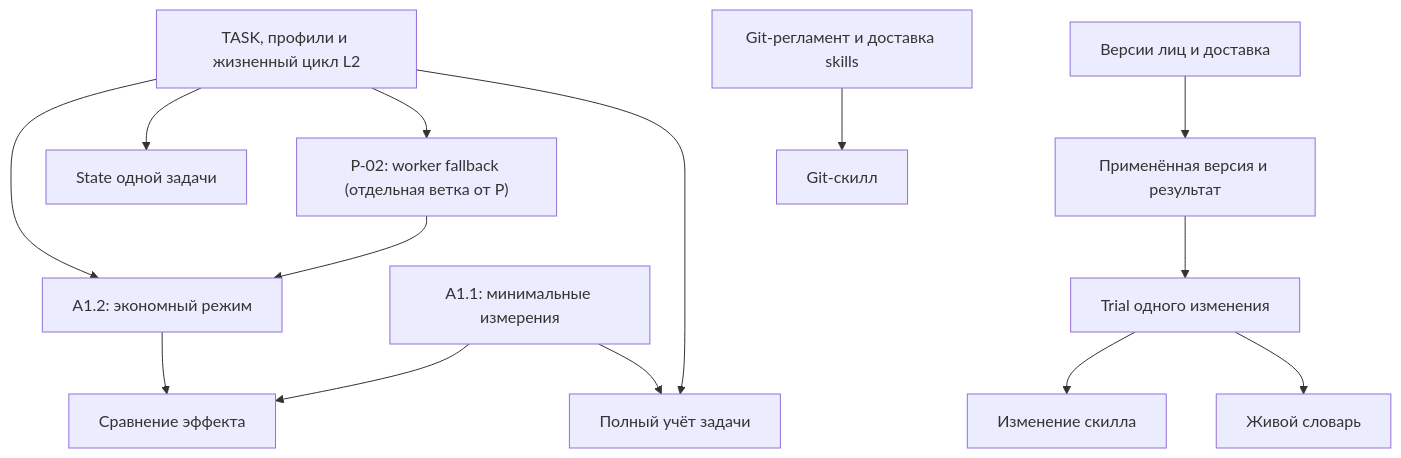
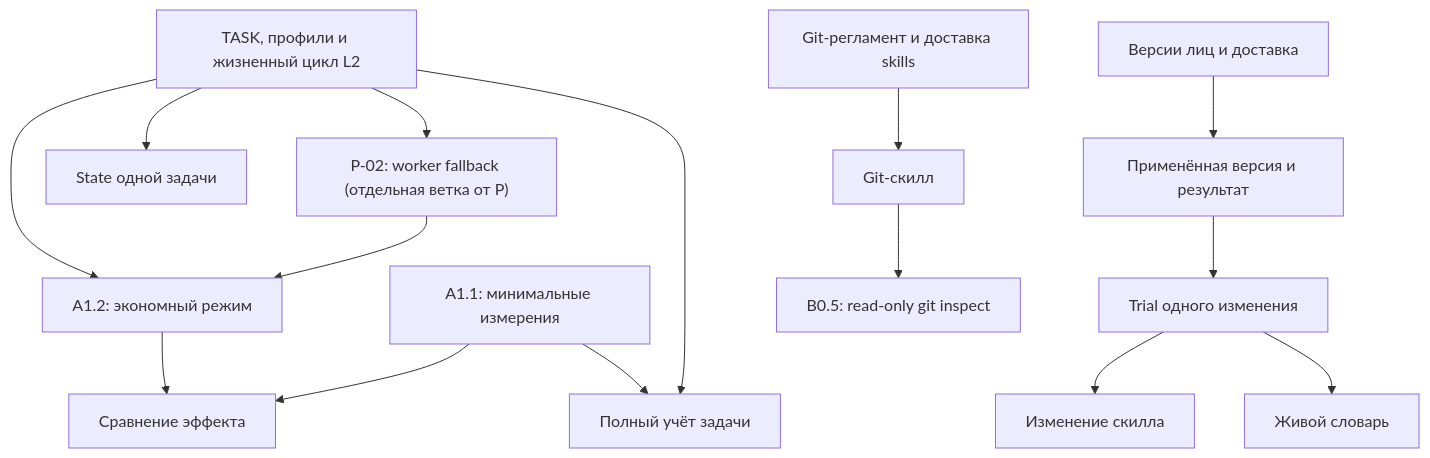
One commit to chekh/mister-wolf changed the diagram in docs/dev/roadmap/roadmap-v4.md. Above: the diagram before and after it, drawn with Mermaid. The commit also changed other lines of this file and 2 other files, not shown here.

First line of the commit message:
docs(roadmap): rev.9 — WIP <=2, NOW = B0 + A1.1, read-only git inspect B0.5, ledger истории

````diff
--- a/docs/dev/roadmap/roadmap-v4.md
+++ b/docs/dev/roadmap/roadmap-v4.md
@@ -539,16 +537,17 @@
 ```mermaid
 flowchart TD
   P["TASK, профили и жизненный цикл L2"] --> A["A1.2: экономный режим"]
   P --> E["State одной задачи"]
   P --> P2["P-02: worker fallback (отдельная ветка от P)"]
   P2 --> A
   M["A1.1: минимальные измерения"] --> K["Сравнение эффекта"]
   A --> K
   F["Версии лиц и доставка"] --> U["Применённая версия и результат"]
   U --> D["Trial одного изменения"]
   D --> S["Изменение скилла"]
   D --> I["Живой словарь"]
   P --> J["Полный учёт задачи"]
   M --> J
   GP["Git-регламент и доставка skills"] --> B0["Git-скилл"]
+  B0 --> B05["B0.5: read-only git inspect"]
 ```
````
